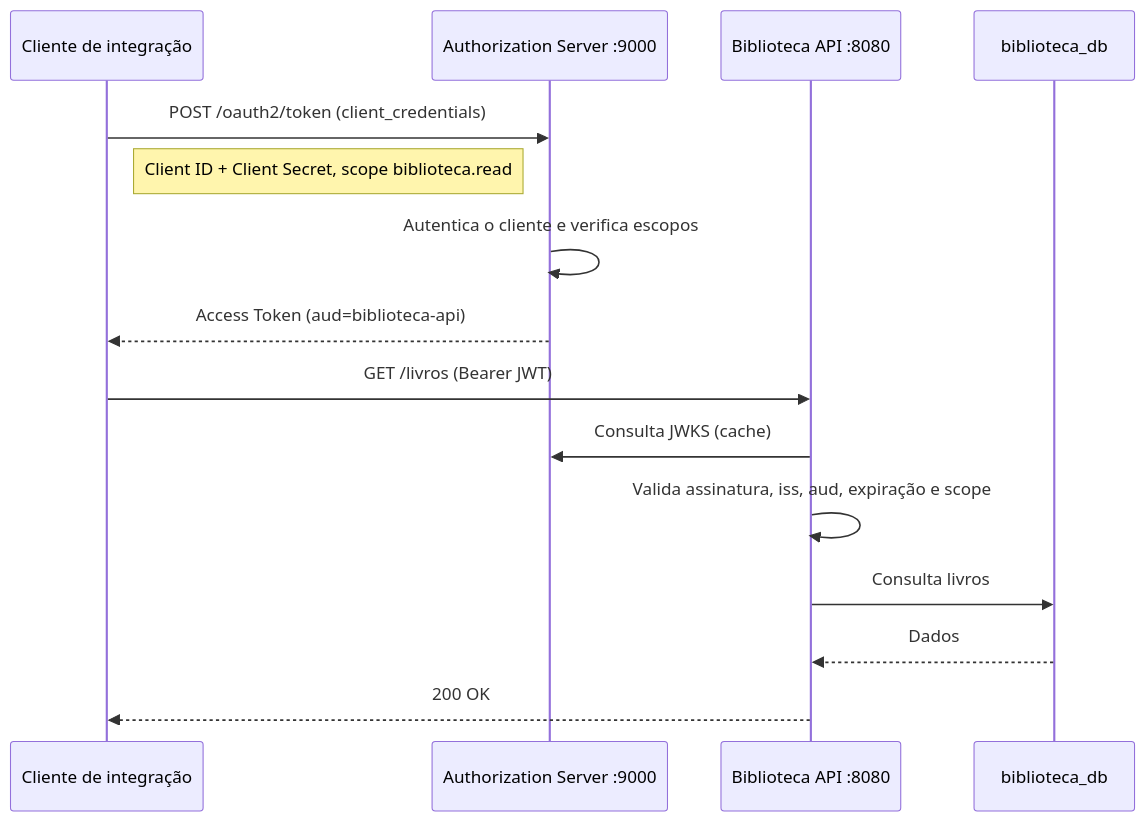
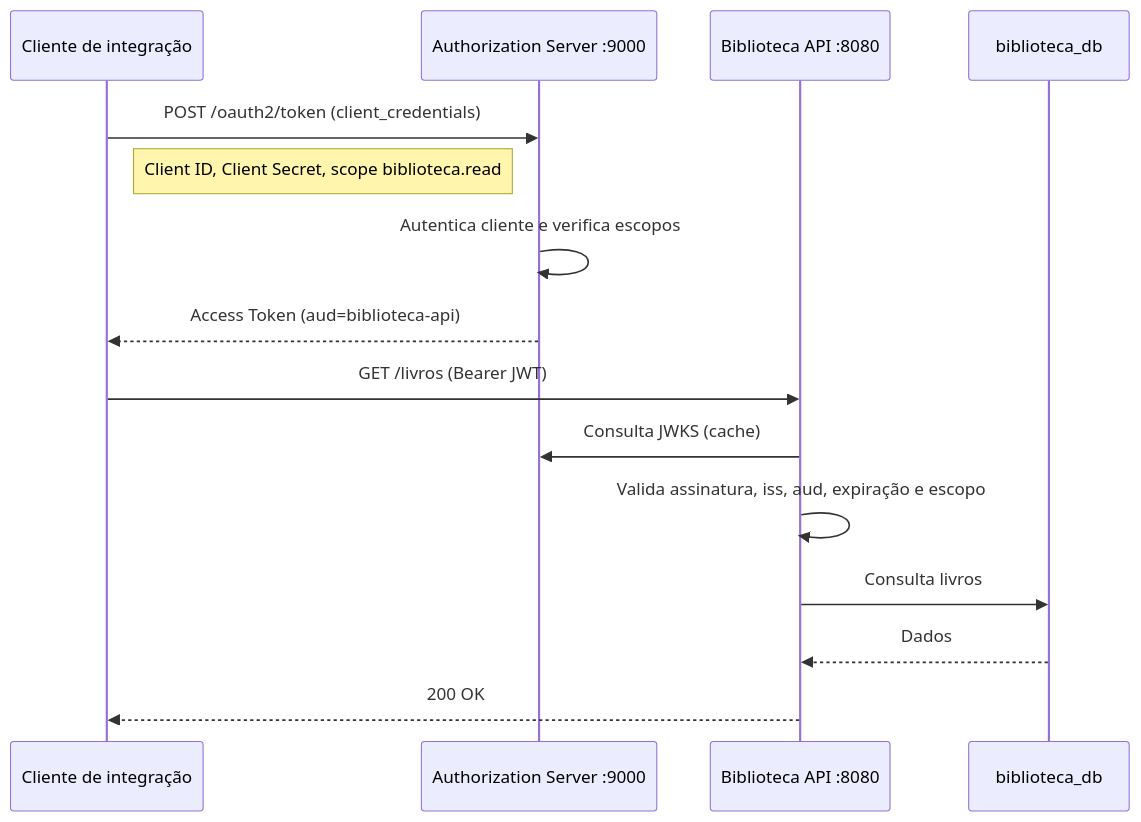
One commit to gabrielppg123/biblioteca-spring-boot changed the diagram in docs/fluxos/02-client-credentials.md. Above: the diagram before and after it, drawn with Mermaid. The commit also changed other lines of this file and 16 other files, not shown here.

````diff
--- a/docs/fluxos/02-client-credentials.md
+++ b/docs/fluxos/02-client-credentials.md
@@ -3,17 +5,17 @@
 ```mermaid
 sequenceDiagram
     participant Integracao as Cliente de integração
     participant Auth as Authorization Server :9000
     participant API as Biblioteca API :8080
     participant DB as biblioteca_db
     Integracao->>Auth: POST /oauth2/token (client_credentials)
-    Note right of Integracao: Client ID + Client Secret, scope biblioteca.read
-    Auth->>Auth: Autentica o cliente e verifica escopos
+    Note right of Integracao: Client ID, Client Secret, scope biblioteca.read
+    Auth->>Auth: Autentica cliente e verifica escopos
     Auth-->>Integracao: Access Token (aud=biblioteca-api)
     Integracao->>API: GET /livros (Bearer JWT)
     API->>Auth: Consulta JWKS (cache)
-    API->>API: Valida assinatura, iss, aud, expiração e scope
+    API->>API: Valida assinatura, iss, aud, expiração e escopo
     API->>DB: Consulta livros
     DB-->>API: Dados
     API-->>Integracao: 200 OK
 ```
````
